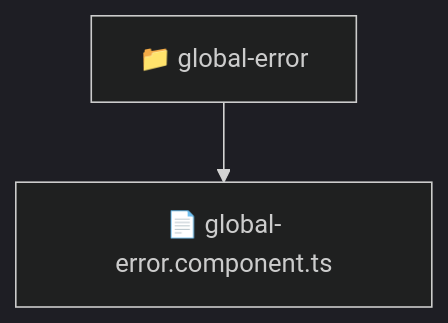
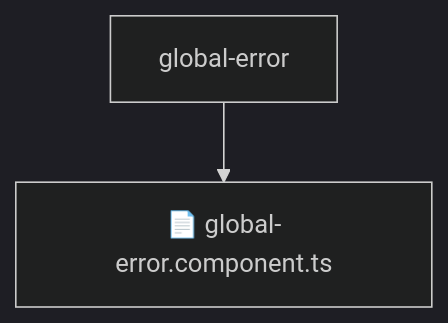
Before and after one commit to beginwebdev2002/fullstack-mavluda: the diagram in frontend/src/shared/ui/global-error/README.md, drawn with Mermaid (dark theme). The commit also changed other lines of this file and 155 other files, not shown here.

````diff
--- a/frontend/src/shared/ui/global-error/README.md
+++ b/frontend/src/shared/ui/global-error/README.md
@@ -10,5 +14,5 @@
 ```mermaid
 graph TD
-  Root["📁 global-error"]
-  Root --> globalerrorcomponentts["📄 global-error.component.ts"]
+    Root[global-error]
+    Root --> F0[📄 global-error.component.ts]
 ```
````
